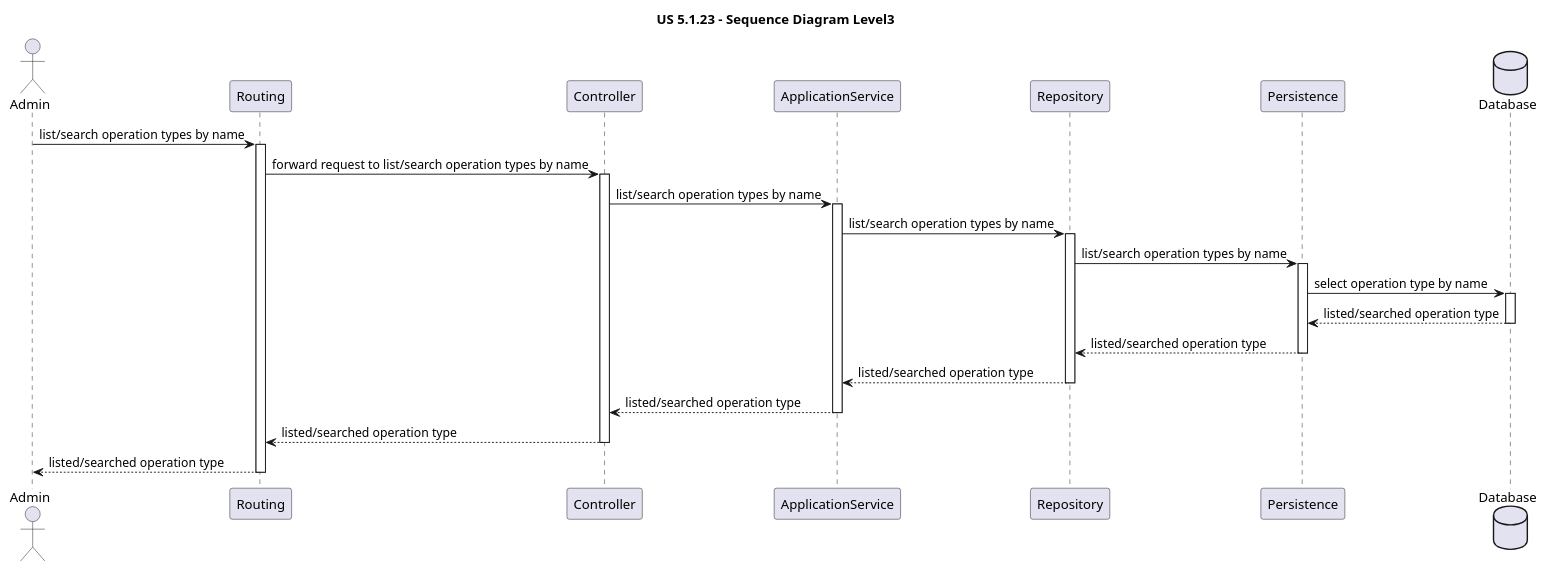
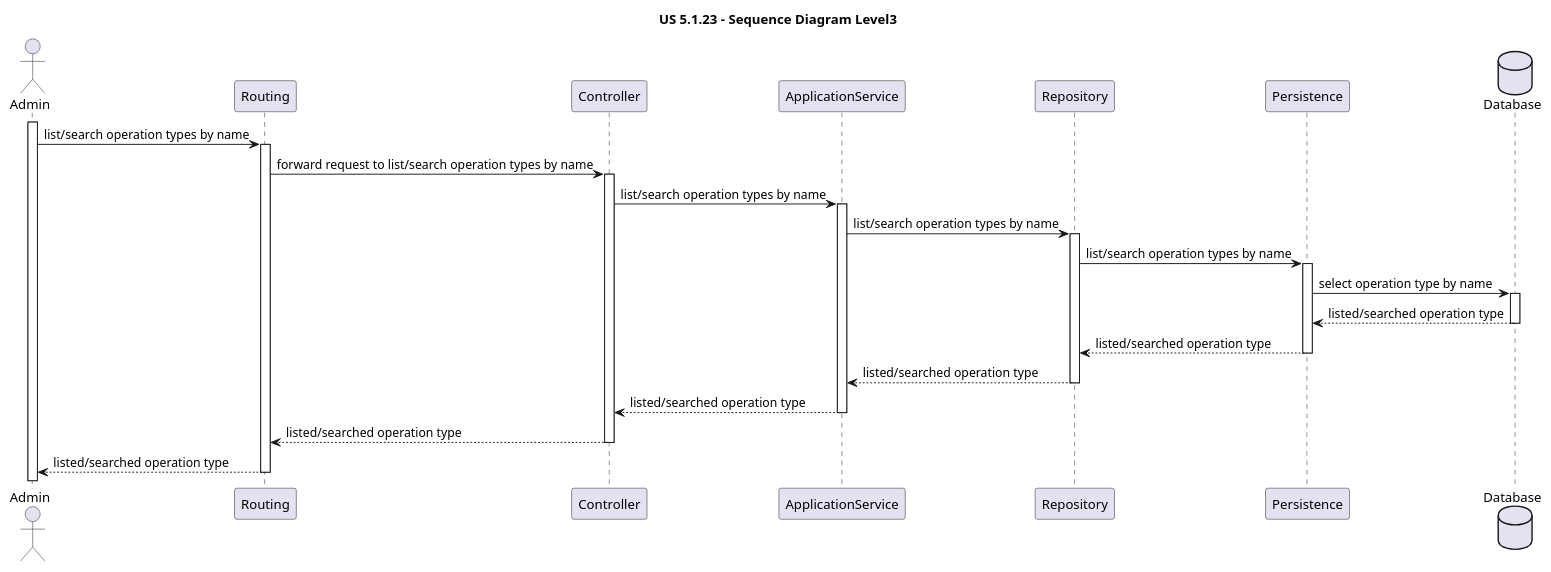
The diagram in docs/Sprint 1/US 5.1.23/ListByName/Sequence Diagrams/Level3/SD_Level3.puml (MateusCabral2004/sem5pi), drawn with PlantUML before and after one commit. The commit also changed 5 other files, not shown here.

Commit message:
#16 Sequence Diagrams Levels 1, 2 and 3

```diff
--- a/docs/Sprint 1/US 5.1.23/ListByName/Sequence Diagrams/Level3/SD_Level3.puml
+++ b/docs/Sprint 1/US 5.1.23/ListByName/Sequence Diagrams/Level3/SD_Level3.puml
@@ -1,49 +1,50 @@
 @startuml
 'https://plantuml.com/sequence-diagram
 
 title US 5.1.23 - Sequence Diagram Level3
 
 actor Admin
 participant Routing
 participant Controller
 participant ApplicationService
 participant Repository
 participant Persistence
 database Database
 
+activate Admin
 Admin -> Routing : list/search operation types by name
 activate Routing
 
 Routing -> Controller : forward request to list/search operation types by name
 activate Controller
 
 Controller -> ApplicationService : list/search operation types by name
 activate ApplicationService
 
 ApplicationService -> Repository : list/search operation types by name
 activate Repository
 
 Repository -> Persistence : list/search operation types by name
 activate Persistence
 
 Persistence -> Database : select operation type by name
 activate Database
 
 Database --> Persistence :listed/searched operation type
 deactivate Database
 
 Persistence --> Repository : listed/searched operation type
 deactivate Persistence
 
 Repository --> ApplicationService : listed/searched operation type
 deactivate Repository
 
 ApplicationService --> Controller : listed/searched operation type
 deactivate ApplicationService
 
 Controller --> Routing : listed/searched operation type
 deactivate Controller
 
 Routing --> Admin : listed/searched operation type
 deactivate Routing
 @enduml
```
